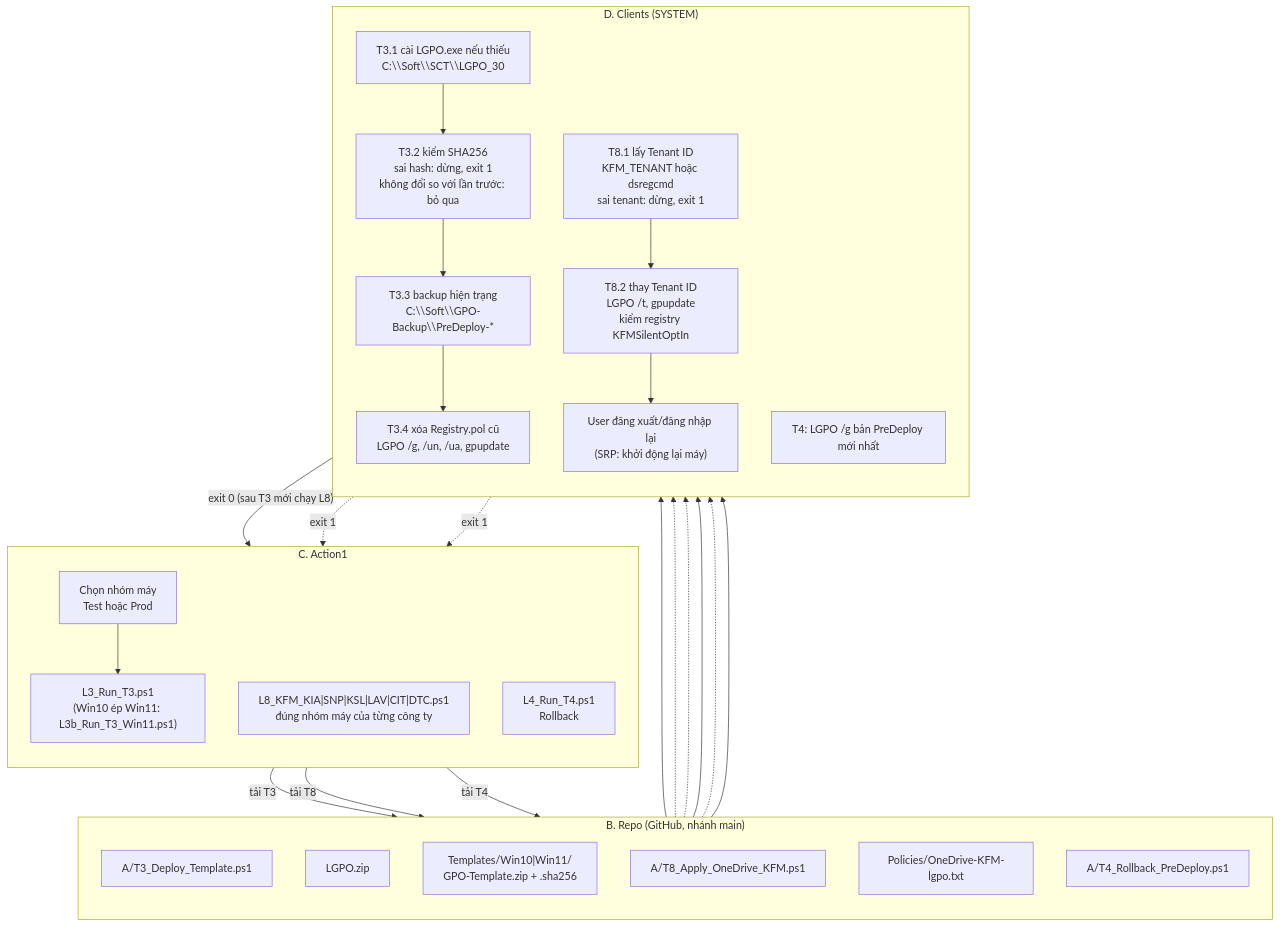
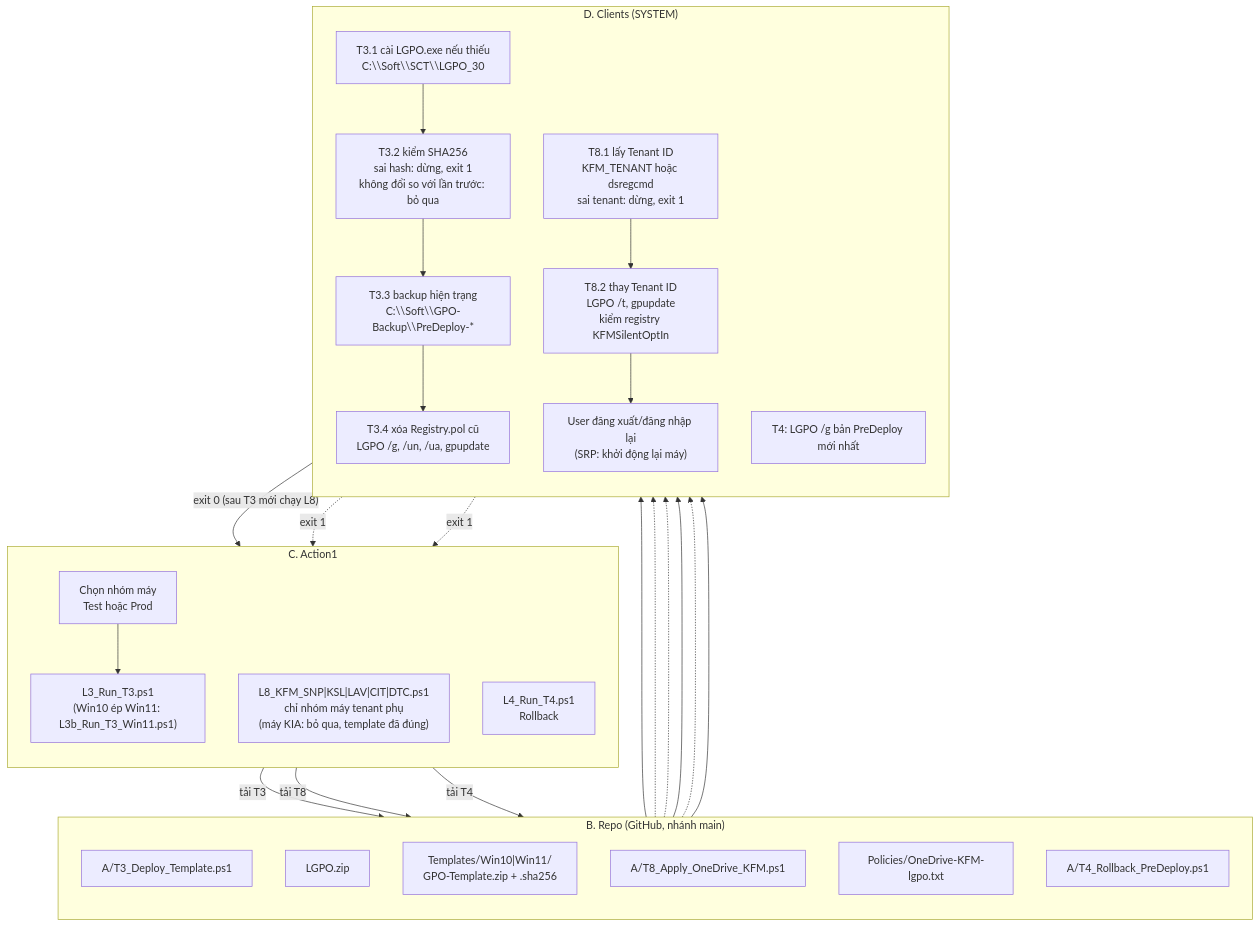
Before and after one commit to JaxVN/LGPO: the second of 2 diagrams in docs/Script-Map.md, drawn with Mermaid. The commit also changed other lines of this file and 3 other files, not shown here.

First line of the commit message:
Docs: KIA machines need only T3; L8 only for member-company (secondary tenant) groups

````diff
--- a/docs/Script-Map.md
+++ b/docs/Script-Map.md
@@ -33,49 +33,49 @@
 ```mermaid
 flowchart TB
     subgraph C["C. Action1"]
         direction TB
         C1["Chọn nhóm máy<br/>Test hoặc Prod"]
         C2["L3_Run_T3.ps1<br/>(Win10 ép Win11: L3b_Run_T3_Win11.ps1)"]
-        C3["L8_KFM_KIA|SNP|KSL|LAV|CIT|DTC.ps1<br/>đúng nhóm máy của từng công ty"]
+        C3["L8_KFM_SNP|KSL|LAV|CIT|DTC.ps1<br/>chỉ nhóm máy tenant phụ<br/>(máy KIA: bỏ qua, template đã đúng)"]
         C4["L4_Run_T4.ps1<br/>Rollback"]
     end
 
     subgraph B["B. Repo (GitHub, nhánh main)"]
         direction TB
         B1["A/T3_Deploy_Template.ps1"]
         B2["LGPO.zip"]
         B3["Templates/Win10|Win11/<br/>GPO-Template.zip + .sha256"]
         B4["A/T8_Apply_OneDrive_KFM.ps1"]
         B5["Policies/OneDrive-KFM-lgpo.txt"]
         B6["A/T4_Rollback_PreDeploy.ps1"]
     end
 
     subgraph D["D. Clients (SYSTEM)"]
         direction TB
         D1["T3.1 cài LGPO.exe nếu thiếu<br/>C:\\Soft\\SCT\\LGPO_30"]
         D2["T3.2 kiểm SHA256<br/>sai hash: dừng, exit 1<br/>không đổi so với lần trước: bỏ qua"]
         D3["T3.3 backup hiện trạng<br/>C:\\Soft\\GPO-Backup\\PreDeploy-*"]
         D4["T3.4 xóa Registry.pol cũ<br/>LGPO /g, /un, /ua, gpupdate"]
         D5["T8.1 lấy Tenant ID<br/>KFM_TENANT hoặc dsregcmd<br/>sai tenant: dừng, exit 1"]
         D6["T8.2 thay Tenant ID<br/>LGPO /t, gpupdate<br/>kiểm registry KFMSilentOptIn"]
         D7["User đăng xuất/đăng nhập lại<br/>(SRP: khởi động lại máy)"]
         D8["T4: LGPO /g bản PreDeploy mới nhất"]
     end
 
     C1 --> C2
     C2 -->|tải T3| B1
     B1 --> D1
     B2 -.-> D1
     D1 --> D2
     B3 -.-> D2
     D2 --> D3 --> D4
     D4 -->|"exit 0 (sau T3 mới chạy L8)"| C3
     C3 -->|tải T8| B4
     B4 --> D5
     B5 -.-> D6
     D5 --> D6 --> D7
     D4 -.->|"exit 1"| C4
     D6 -.->|"exit 1"| C4
     C4 -->|tải T4| B6
     B6 --> D8
 ```
````
